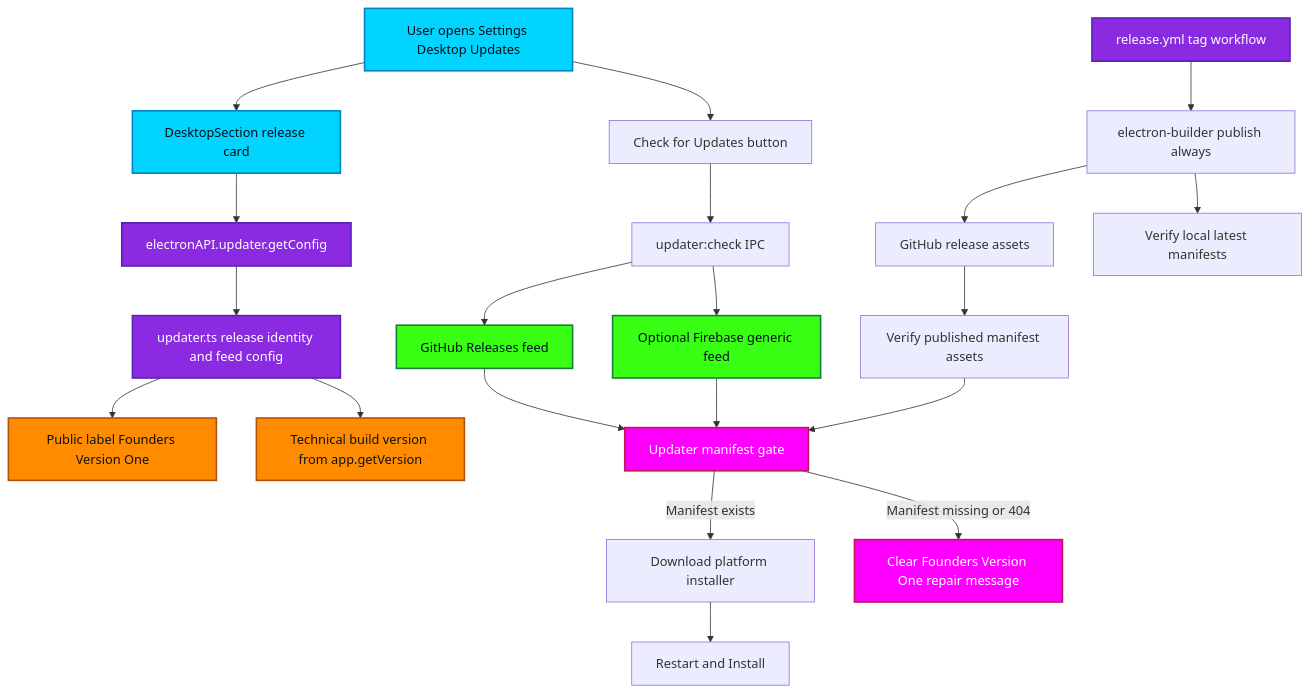
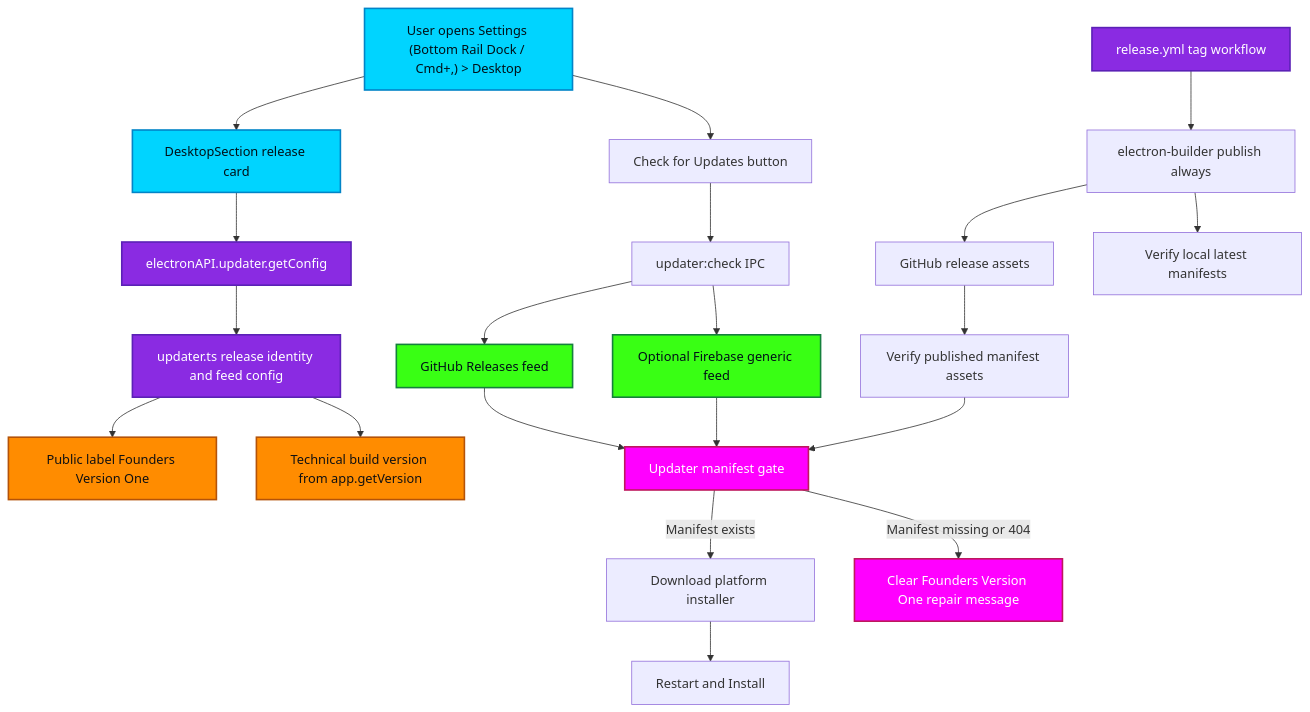
Before and after one commit to indii-music-founder/indii-music-founder: the diagram in docs/flowcharts/founders-version-one-release-updater.md, drawn with Mermaid. The commit also changed other lines of this file and 40 other files, not shown here.

First line of the commit message:
refactor(nav): realign tools to bottom rail, drawers, and departments

````diff
--- a/docs/flowcharts/founders-version-one-release-updater.md
+++ b/docs/flowcharts/founders-version-one-release-updater.md
@@ -5,37 +5,37 @@
 ```mermaid
 graph TD
-    UserSettings["User opens Settings Desktop Updates"] --> DesktopSection["DesktopSection release card"]
+    UserSettings["User opens Settings (Bottom Rail Dock / Cmd+,) > Desktop"] --> DesktopSection["DesktopSection release card"]
     DesktopSection --> ConfigIPC["electronAPI.updater.getConfig"]
     ConfigIPC --> UpdaterMain["updater.ts release identity and feed config"]
     UpdaterMain --> ReleaseLabel["Public label Founders Version One"]
     UpdaterMain --> TechnicalVersion["Technical build version from app.getVersion"]
 
     UserSettings --> ManualCheck["Check for Updates button"]
     ManualCheck --> CheckIPC["updater:check IPC"]
     CheckIPC --> GitHubFeed["GitHub Releases feed"]
     CheckIPC --> FirebaseFeed["Optional Firebase generic feed"]
 
     GitHubFeed --> ManifestGate["Updater manifest gate"]
     FirebaseFeed --> ManifestGate
     ManifestGate -->|Manifest exists| DownloadUpdate["Download platform installer"]
     ManifestGate -->|Manifest missing or 404| FriendlyError["Clear Founders Version One repair message"]
     DownloadUpdate --> InstallReady["Restart and Install"]
 
     ReleaseWorkflow["release.yml tag workflow"] --> Builder["electron-builder publish always"]
     Builder --> GitHubAssets["GitHub release assets"]
     Builder --> LocalManifestCheck["Verify local latest manifests"]
     GitHubAssets --> PublishedManifestCheck["Verify published manifest assets"]
     PublishedManifestCheck --> ManifestGate
 
     style UserSettings fill:#00D4FF,stroke:#0284c7,stroke-width:2px,color:#001018
     style DesktopSection fill:#00D4FF,stroke:#0284c7,stroke-width:2px,color:#001018
     style ConfigIPC fill:#8A2BE2,stroke:#5b21b6,stroke-width:2px,color:#fff
     style UpdaterMain fill:#8A2BE2,stroke:#5b21b6,stroke-width:2px,color:#fff
     style ReleaseLabel fill:#FF8C00,stroke:#b45309,stroke-width:2px,color:#111
     style TechnicalVersion fill:#FF8C00,stroke:#b45309,stroke-width:2px,color:#111
     style GitHubFeed fill:#39FF14,stroke:#15803d,stroke-width:2px,color:#001018
     style FirebaseFeed fill:#39FF14,stroke:#15803d,stroke-width:2px,color:#001018
     style ManifestGate fill:#FF00FF,stroke:#be185d,stroke-width:2px,color:#fff
     style FriendlyError fill:#FF00FF,stroke:#be185d,stroke-width:2px,color:#fff
     style ReleaseWorkflow fill:#8A2BE2,stroke:#5b21b6,stroke-width:2px,color:#fff
 ```
````
